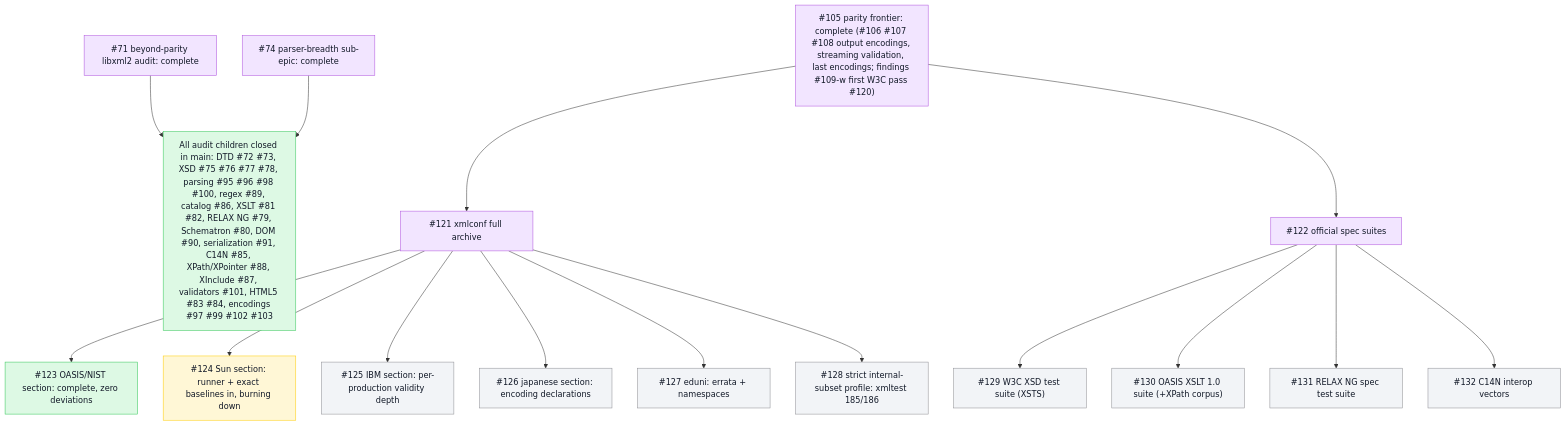
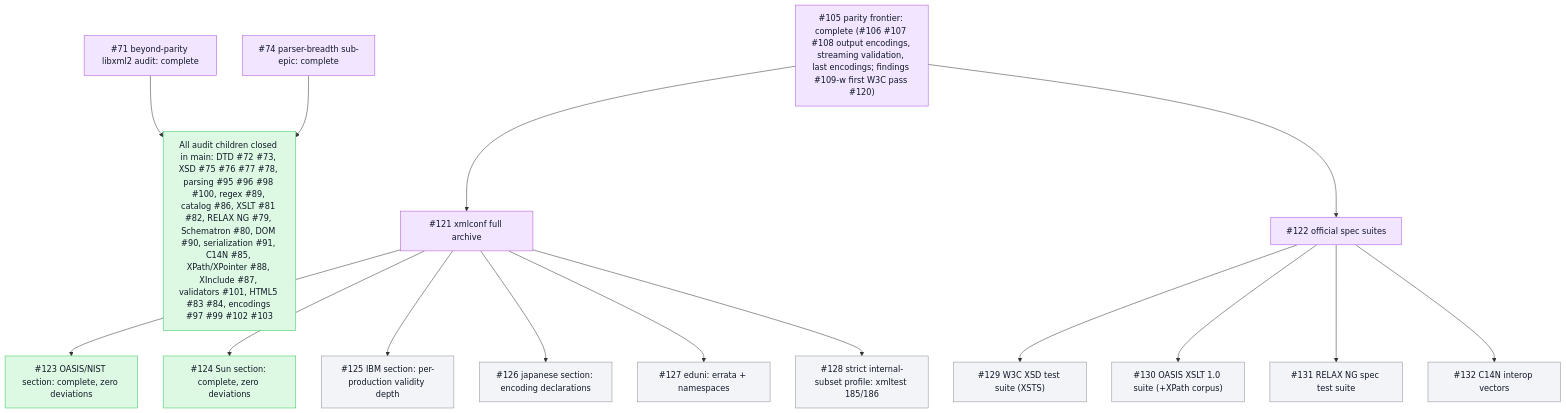
One commit to mihaelamj/PureXML changed the second of 2 diagrams in README.md. Above: the diagram before and after it, drawn with Mermaid. The commit also changed other lines of this file and 11 other files, not shown here.

````diff
--- a/README.md
+++ b/README.md
@@ -78,37 +78,37 @@
 ```mermaid
 flowchart TB
   classDef done fill:#ddf9e4,stroke:#34c759,color:#111827
   classDef review fill:#fff7d6,stroke:#ffcc00,color:#111827
   classDef epic fill:#f2e5ff,stroke:#af52de,color:#111827
   classDef todo fill:#f2f4f7,stroke:#8e8e93,color:#111827
   Epic71["#71 beyond-parity libxml2 audit: complete"]:::epic
   Epic74["#74 parser-breadth sub-epic: complete"]:::epic
   Done["All audit children closed in main: DTD #72 #73, XSD #75 #76 #77 #78, parsing #95 #96 #98 #100, regex #89, catalog #86, XSLT #81 #82, RELAX NG #79, Schematron #80, DOM #90, serialization #91, C14N #85, XPath/XPointer #88, XInclude #87, validators #101, HTML5 #83 #84, encodings #97 #99 #102 #103"]:::done
   Epic71 --> Done
   Epic74 --> Done
   Epic105["#105 parity frontier: complete (#106 #107 #108 output encodings, streaming validation, last encodings; findings #109-#119; first W3C pass #120)"]:::epic
   Epic121["#121 xmlconf full archive"]:::epic
   Oasis["#123 OASIS/NIST section: complete, zero deviations"]:::done
-  Sun["#124 Sun section: runner + exact baselines in, burning down"]:::review
+  Sun["#124 Sun section: complete, zero deviations"]:::done
   IBM["#125 IBM section: per-production validity depth"]:::todo
   Japanese["#126 japanese section: encoding declarations"]:::todo
   Eduni["#127 eduni: errata + namespaces"]:::todo
   StrictSubset["#128 strict internal-subset profile: xmltest 185/186"]:::todo
   Epic122["#122 official spec suites"]:::epic
   XSTS["#129 W3C XSD test suite (XSTS)"]:::todo
   XSLTTS["#130 OASIS XSLT 1.0 suite (+XPath corpus)"]:::todo
   RNGTS["#131 RELAX NG spec test suite"]:::todo
   C14NTS["#132 C14N interop vectors"]:::todo
   Epic105 --> Epic121
   Epic105 --> Epic122
   Epic121 --> Oasis
   Epic121 --> Sun
   Epic121 --> IBM
   Epic121 --> Japanese
   Epic121 --> Eduni
   Epic121 --> StrictSubset
   Epic122 --> XSTS
   Epic122 --> XSLTTS
   Epic122 --> RNGTS
   Epic122 --> C14NTS
 ```
````
